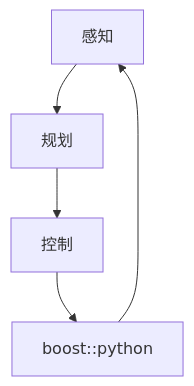
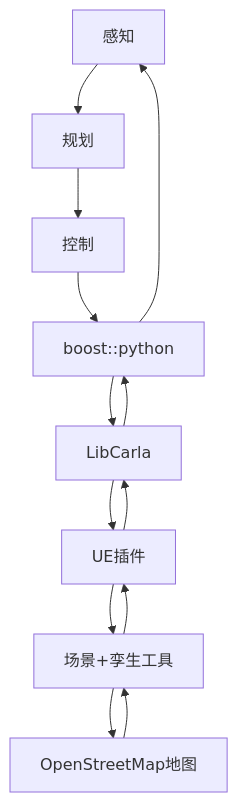
The diagram in profile/workflow.md (OpenHUTB/.github), drawn with Mermaid before and after one commit.

Commit message:
完成工作流

````diff
--- a/profile/workflow.md
+++ b/profile/workflow.md
@@ -1,7 +1,15 @@
 ```mermaid
 graph TD;
     感知-->规划;
     规划-->控制;
     boost::python-->感知;
     控制-->boost::python;
+    boost::python-->LibCarla
+    LibCarla-->boost::python
+    UE插件-->LibCarla
+    LibCarla-->UE插件
+    场景+孪生工具-->UE插件
+    UE插件-->场景+孪生工具
+    OpenStreetMap地图-->场景+孪生工具
+    场景+孪生工具-->OpenStreetMap地图
 ```
````
